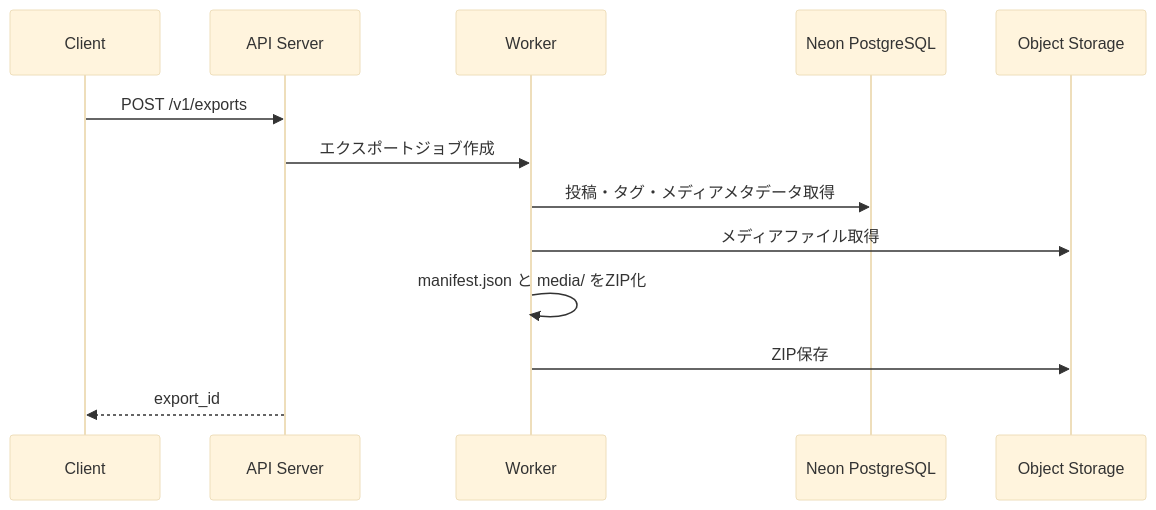
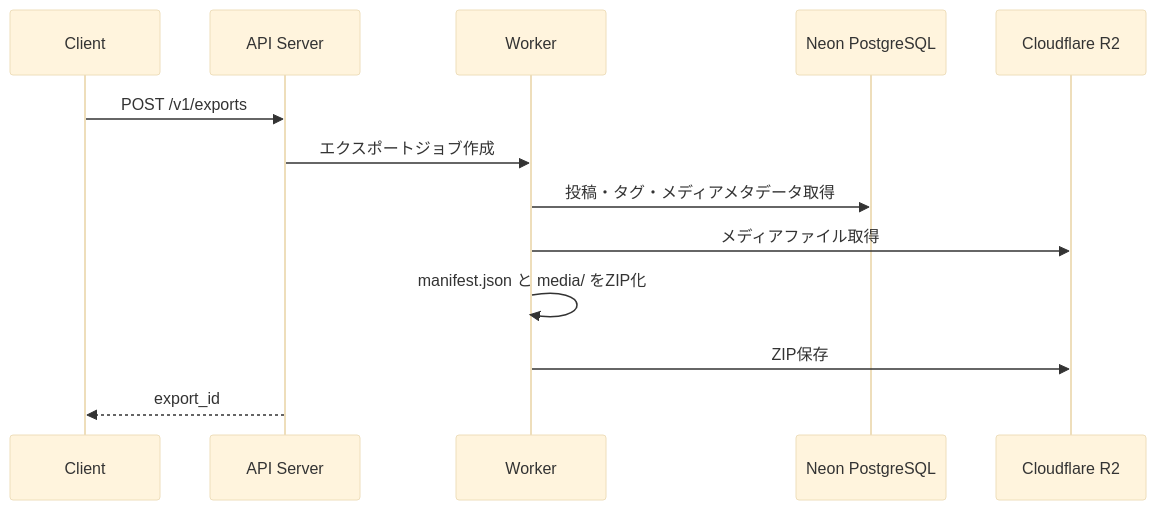
One commit to Electric-Sheep-team6/backend changed the fourth of 5 diagrams in doc/basic_design/architecture.md. Above: the diagram before and after it, drawn with Mermaid (base theme). The commit also changed other lines of this file and 2 other files, not shown here.

Commit message:
docs: Cloudflare R2をメディアファイルの保存先として明記し、開発環境のストレージ設定を追加

````diff
--- a/doc/basic_design/architecture.md
+++ b/doc/basic_design/architecture.md
@@ -88,16 +88,16 @@
 ```mermaid
 sequenceDiagram
   participant C as Client
   participant A as API Server
   participant W as Worker
   participant D as Neon PostgreSQL
-  participant S as Object Storage
+  participant S as Cloudflare R2
 
   C->>A: POST /v1/exports
   A->>W: エクスポートジョブ作成
   W->>D: 投稿・タグ・メディアメタデータ取得
   W->>S: メディアファイル取得
   W->>W: manifest.json と media/ をZIP化
   W->>S: ZIP保存
   A-->>C: export_id
 ```
````
